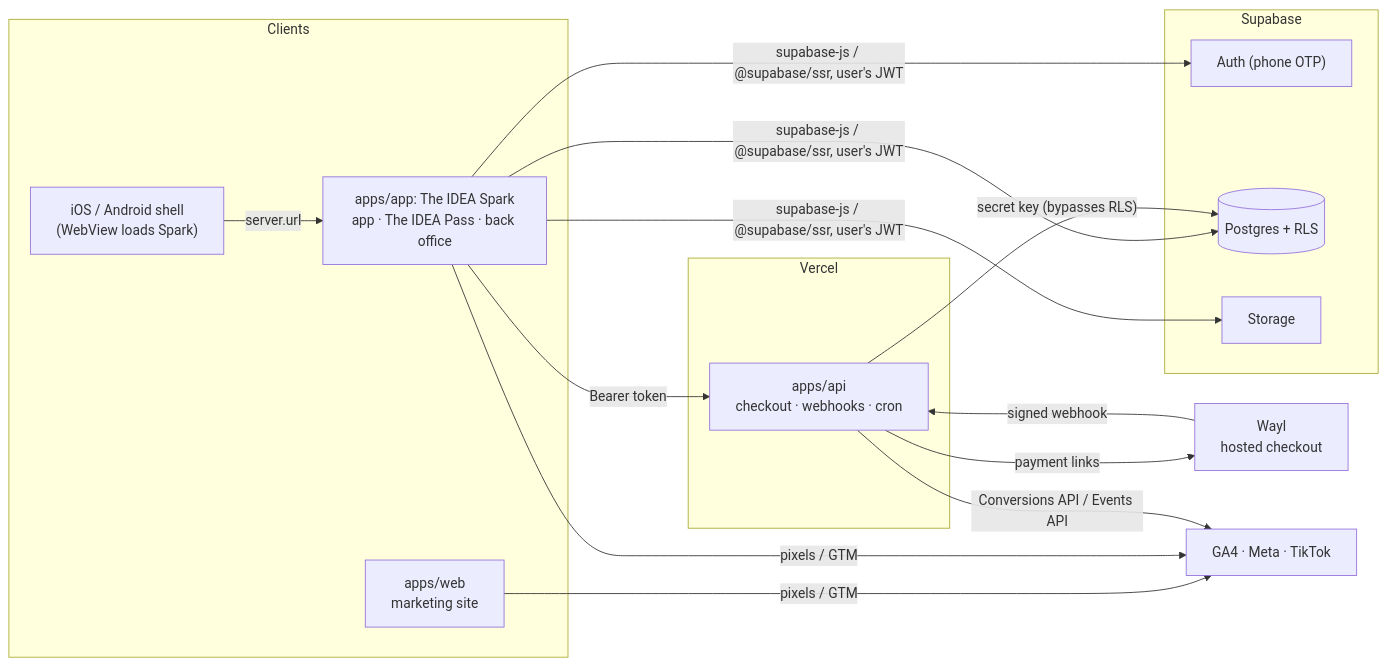
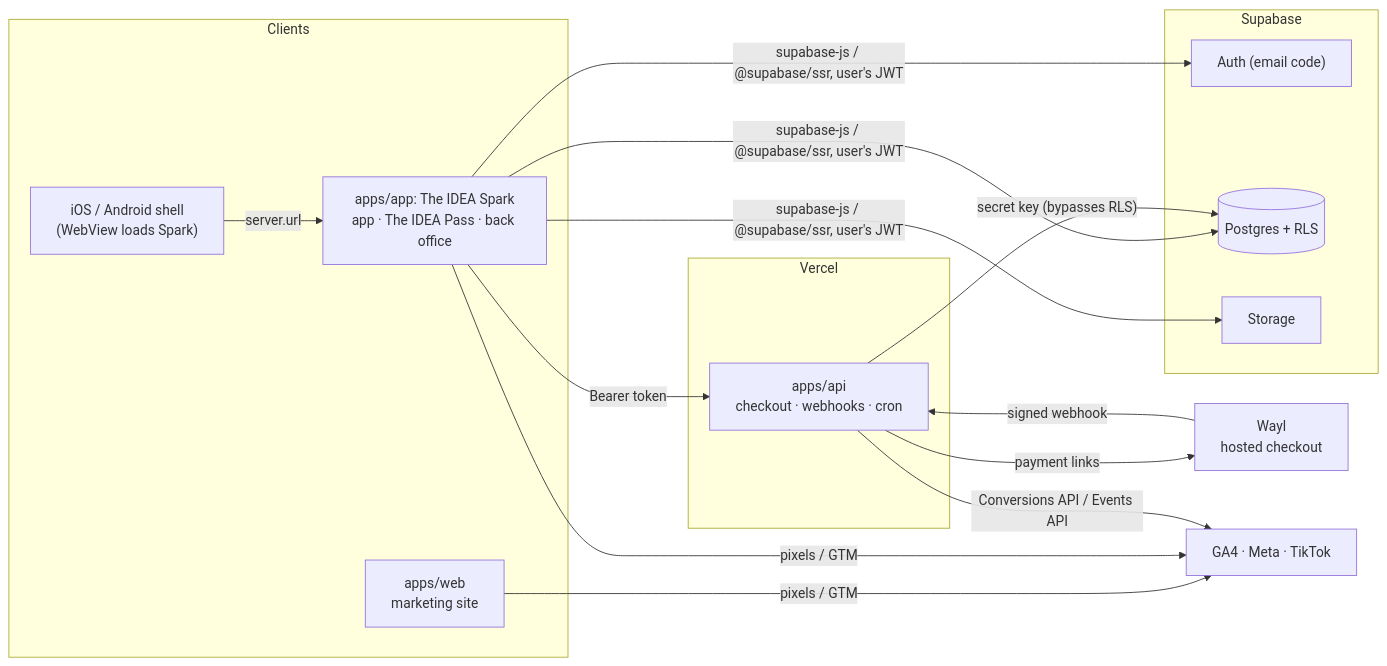
One commit to theideaiq/monorepo changed the first of 2 diagrams in ARCHITECTURE_AND_INTEGRATIONS.md. Above: the diagram before and after it, drawn with Mermaid. The commit also changed other lines of this file and 4 other files, not shown here.

First line of the commit message:
Document email-code sign-in and its production setup

````diff
--- a/ARCHITECTURE_AND_INTEGRATIONS.md
+++ b/ARCHITECTURE_AND_INTEGRATIONS.md
@@ -24,27 +24,27 @@
 ```mermaid
 flowchart LR
   subgraph Clients
     W["apps/web<br/>marketing site"]
     A["apps/app: The IDEA Spark<br/>app · The IDEA Pass · back office"]
     N["iOS / Android shell<br/>(WebView loads Spark)"]
   end
   subgraph Server["Vercel"]
     API["apps/api<br/>checkout · webhooks · cron"]
   end
   subgraph Supabase
-    AUTH["Auth (phone OTP)"]
+    AUTH["Auth (email code)"]
     DB[("Postgres + RLS")]
     ST["Storage"]
   end
   WAYL["Wayl<br/>hosted checkout"]
   ADS["GA4 · Meta · TikTok"]
 
   N -- "server.url" --> A
   A -- "supabase-js / @supabase/ssr, user's JWT" --> AUTH & DB & ST
   A -- "Bearer token" --> API
   API -- "secret key (bypasses RLS)" --> DB
   API -- "payment links" --> WAYL
   WAYL -- "signed webhook" --> API
   W & A -- "pixels / GTM" --> ADS
   API -- "Conversions API / Events API" --> ADS
 ```
````
